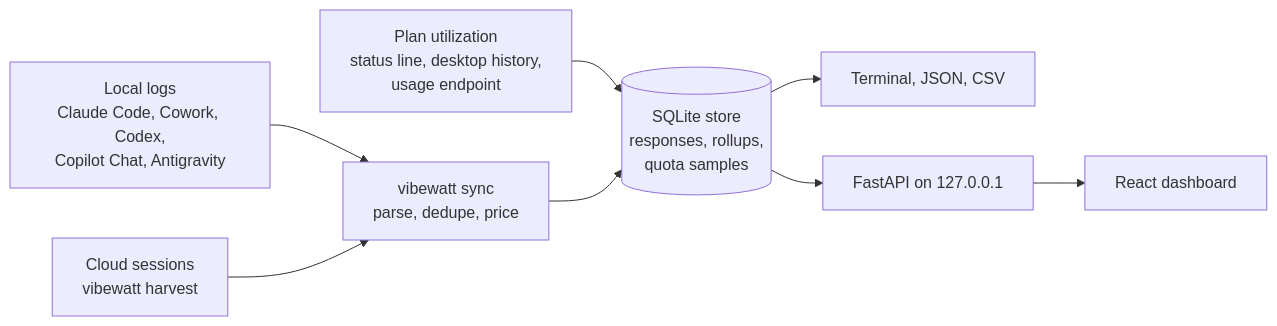
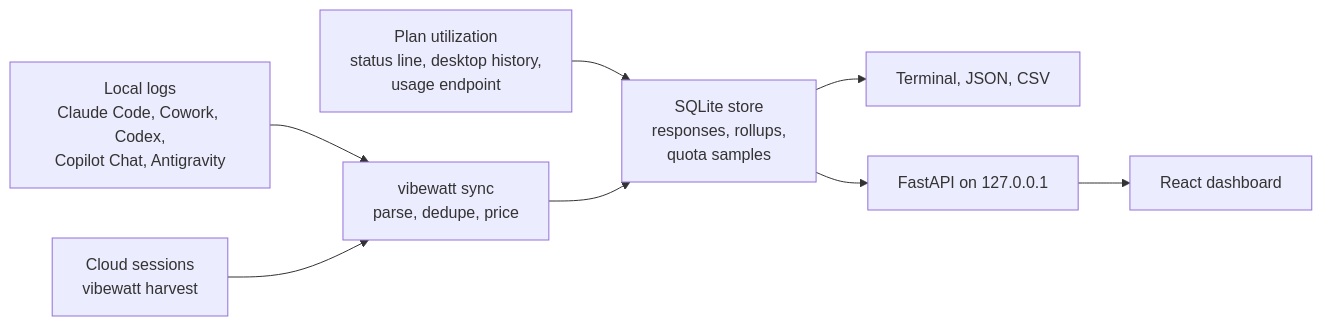
The diagram in README.md (MMALI3287/vibewatt), drawn with Mermaid before and after one commit. The commit also changed other lines of this file, not shown here.

````diff
--- a/README.md
+++ b/README.md
@@ -74,9 +93,9 @@
 ```mermaid
 flowchart LR
     A["Local logs<br/>Claude Code, Cowork, Codex,<br/>Copilot Chat, Antigravity"] --> S["vibewatt sync<br/>parse, dedupe, price"]
     B["Cloud sessions<br/>vibewatt harvest"] --> S
     Q["Plan utilization<br/>status line, desktop history,<br/>usage endpoint"] --> D
-    S --> D[("SQLite store<br/>responses, rollups,<br/>quota samples")]
+    S --> D["SQLite store<br/>responses, rollups,<br/>quota samples"]
     D --> T["Terminal, JSON, CSV"]
     D --> API["FastAPI on 127.0.0.1"] --> UI["React dashboard"]
 ```
````
